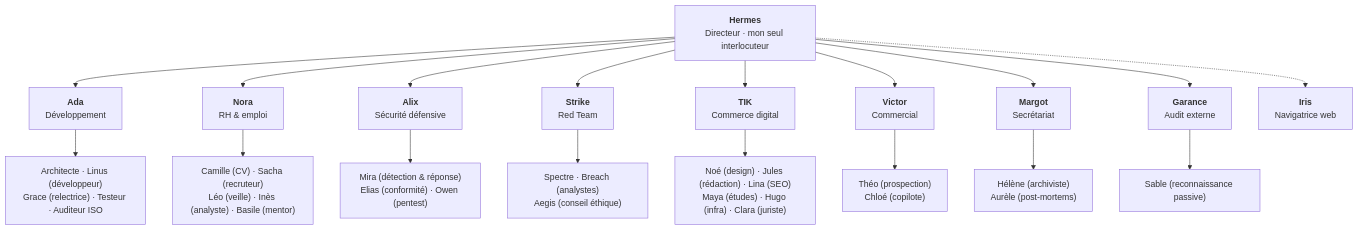
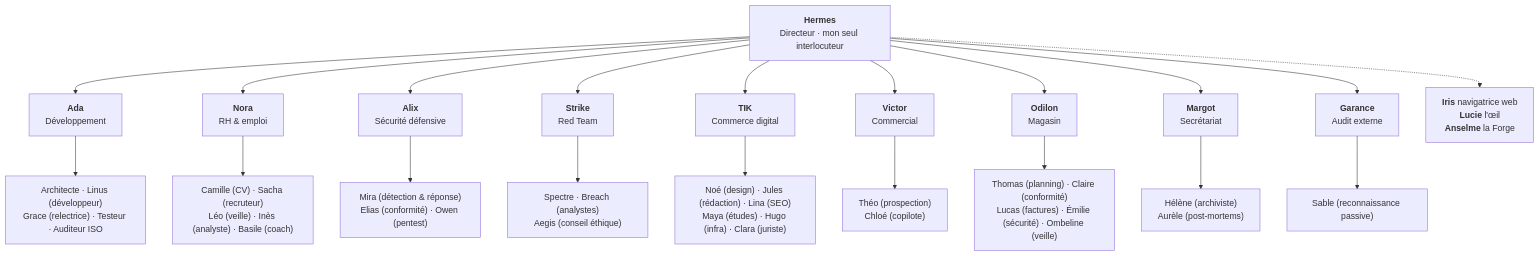
Before and after one commit to Dow08/OS-Agentique_showcase: the third of 3 diagrams in README.fr.md, drawn with Mermaid. The commit also changed other lines of this file and 50 other files, not shown here.

````diff
--- a/README.fr.md
+++ b/README.fr.md
@@ -131,21 +155,23 @@
 ```mermaid
 flowchart TD
     H["<b>Hermes</b><br/>Directeur · mon seul interlocuteur"]
     H --> DEV["<b>Ada</b><br/>Développement"]
     H --> RH["<b>Nora</b><br/>RH & emploi"]
     H --> SEC["<b>Alix</b><br/>Sécurité défensive"]
     H --> RED["<b>Strike</b><br/>Red Team"]
     H --> TIK["<b>TIK</b><br/>Commerce digital"]
     H --> COM["<b>Victor</b><br/>Commercial"]
+    H --> MAG["<b>Odilon</b><br/>Magasin"]
     H --> SG["<b>Margot</b><br/>Secrétariat"]
     H --> AUD["<b>Garance</b><br/>Audit externe"]
-    H -.-> IRIS["<b>Iris</b><br/>Navigatrice web"]
+    H -.-> SPE["<b>Iris</b> navigatrice web<br/><b>Lucie</b> l'œil<br/><b>Anselme</b> la Forge"]
     DEV --> DEV1["Architecte · Linus (développeur)<br/>Grace (relectrice) · Testeur · Auditeur ISO"]
-    RH --> RH1["Camille (CV) · Sacha (recruteur)<br/>Léo (veille) · Inès (analyste) · Basile (mentor)"]
+    RH --> RH1["Camille (CV) · Sacha (recruteur)<br/>Léo (veille) · Inès (analyste) · Basile (coach)"]
     SEC --> SEC1["Mira (détection & réponse)<br/>Elias (conformité) · Owen (pentest)"]
     RED --> RED1["Spectre · Breach (analystes)<br/>Aegis (conseil éthique)"]
     TIK --> TIK1["Noé (design) · Jules (rédaction) · Lina (SEO)<br/>Maya (études) · Hugo (infra) · Clara (juriste)"]
     COM --> COM1["Théo (prospection)<br/>Chloé (copilote)"]
+    MAG --> MAG1["Thomas (planning) · Claire (conformité)<br/>Lucas (factures) · Émilie (sécurité) · Ombeline (veille)"]
     SG --> SG1["Hélène (archiviste)<br/>Aurèle (post-mortems)"]
     AUD --> AUD1["Sable (reconnaissance passive)"]
 ```
````
